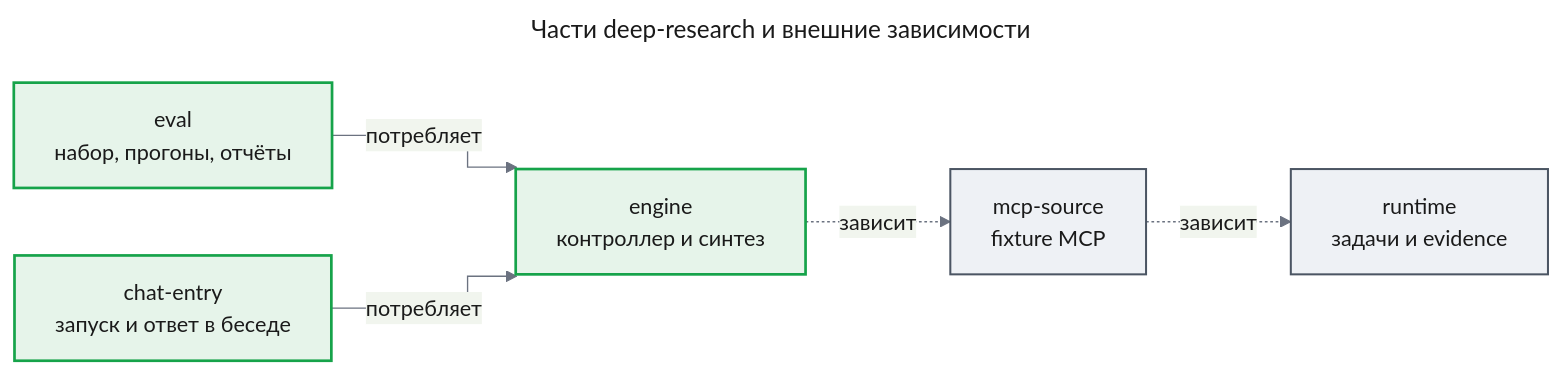
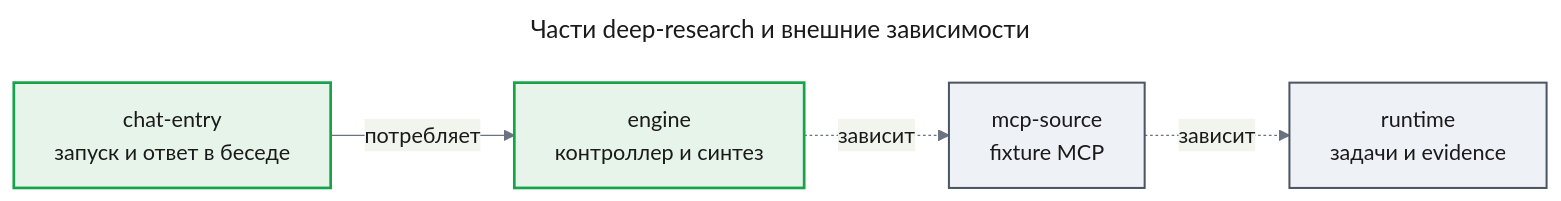
Before and after one commit to tundraray/agent-os: the second of 2 diagrams in docs/features/deep-research/prd.md, drawn with Mermaid. The commit also changed other lines of this file and 7 other files, not shown here.

````diff
--- a/docs/features/deep-research/prd.md
+++ b/docs/features/deep-research/prd.md
@@ -255,29 +216,27 @@
 ```mermaid
 ---
 title: "Части deep-research и внешние зависимости"
 config:
   theme: base
   look: classic
   themeVariables:
     primaryColor: "#eef1f5"
     primaryBorderColor: "#4b5563"
     primaryTextColor: "#1a1a1a"
     lineColor: "#6b7280"
   flowchart:
     curve: step
 ---
 flowchart LR
-    eval["eval<br/>набор, прогоны, отчёты"]
     chat["chat-entry<br/>запуск и ответ в беседе"]
     engine["engine<br/>контроллер и синтез"]
     mcp["mcp-source<br/>fixture MCP"]
     runtime["runtime<br/>задачи и evidence"]
-    eval -->|"потребляет"| engine
     chat -->|"потребляет"| engine
     engine -.->|"зависит"| mcp
     mcp -.->|"зависит"| runtime
     classDef new fill:#e6f4ea,stroke:#16a34a,stroke-width:2px,color:#1a1a1a
     classDef unchanged fill:#eef1f5,stroke:#4b5563,stroke-width:1.5px,color:#1a1a1a
-    class eval,chat,engine new
+    class chat,engine new
     class mcp,runtime unchanged
 ```
````
